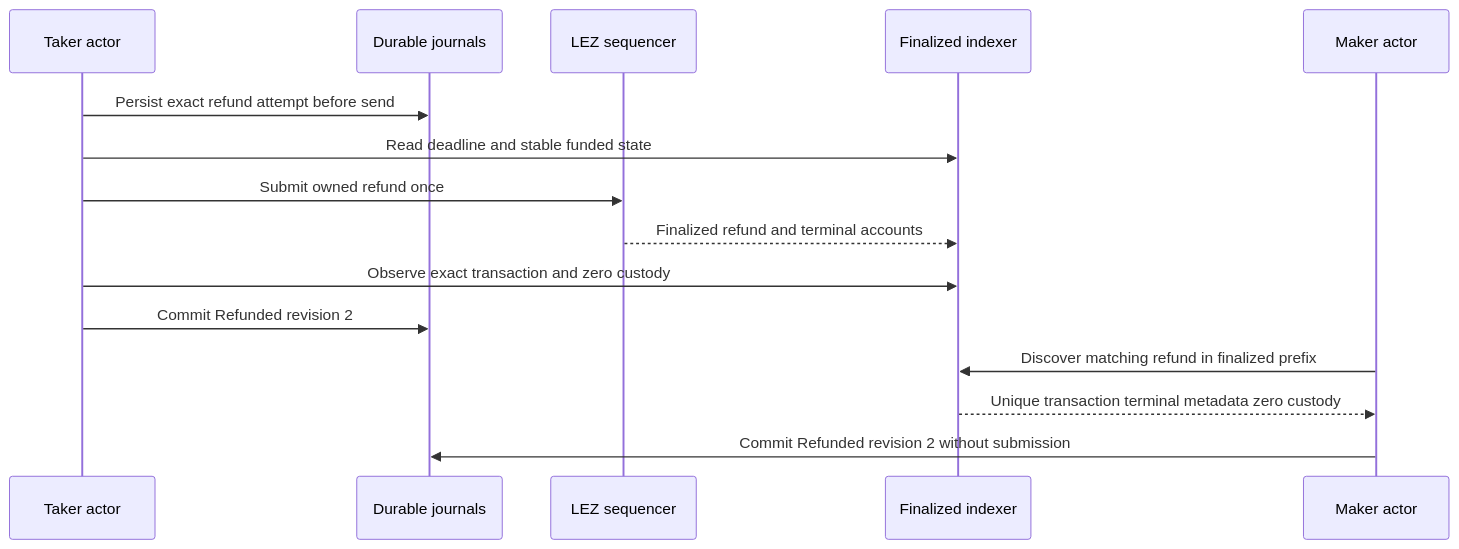
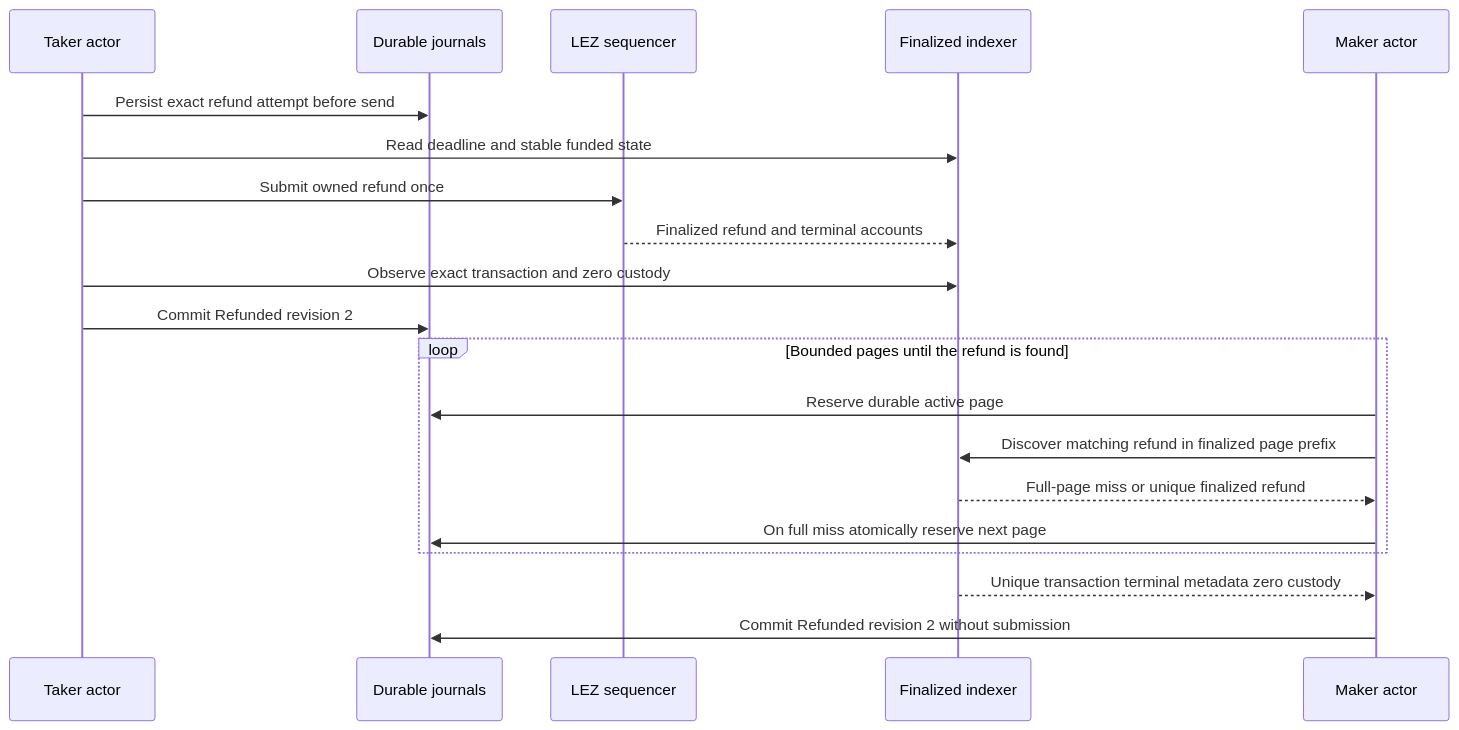
The second of 2 diagrams in docs/architecture/0102-observe-refunds-from-finalized-window-prefixes.md (gateway-fm/lez-atomic-swaps), drawn with Mermaid before and after one commit. The commit also changed other lines of this file and 16 other files, not shown here.

Commit message:
feat(m5): persist contiguous refund pages

````diff
--- a/docs/architecture/0102-observe-refunds-from-finalized-window-prefixes.md
+++ b/docs/architecture/0102-observe-refunds-from-finalized-window-prefixes.md
@@ -67,17 +81,22 @@
 ```mermaid
 sequenceDiagram
     participant T as Taker actor
     participant J as Durable journals
     participant L as LEZ sequencer
     participant I as Finalized indexer
     participant M as Maker actor
     T->>J: Persist exact refund attempt before send
     T->>I: Read deadline and stable funded state
     T->>L: Submit owned refund once
     L-->>I: Finalized refund and terminal accounts
     T->>I: Observe exact transaction and zero custody
     T->>J: Commit Refunded revision 2
-    M->>I: Discover matching refund in finalized prefix
+    loop Bounded pages until the refund is found
+        M->>J: Reserve durable active page
+        M->>I: Discover matching refund in finalized page prefix
+        I-->>M: Full-page miss or unique finalized refund
+        M->>J: On full miss atomically reserve next page
+    end
     I-->>M: Unique transaction terminal metadata zero custody
     M->>J: Commit Refunded revision 2 without submission
 ```
````
